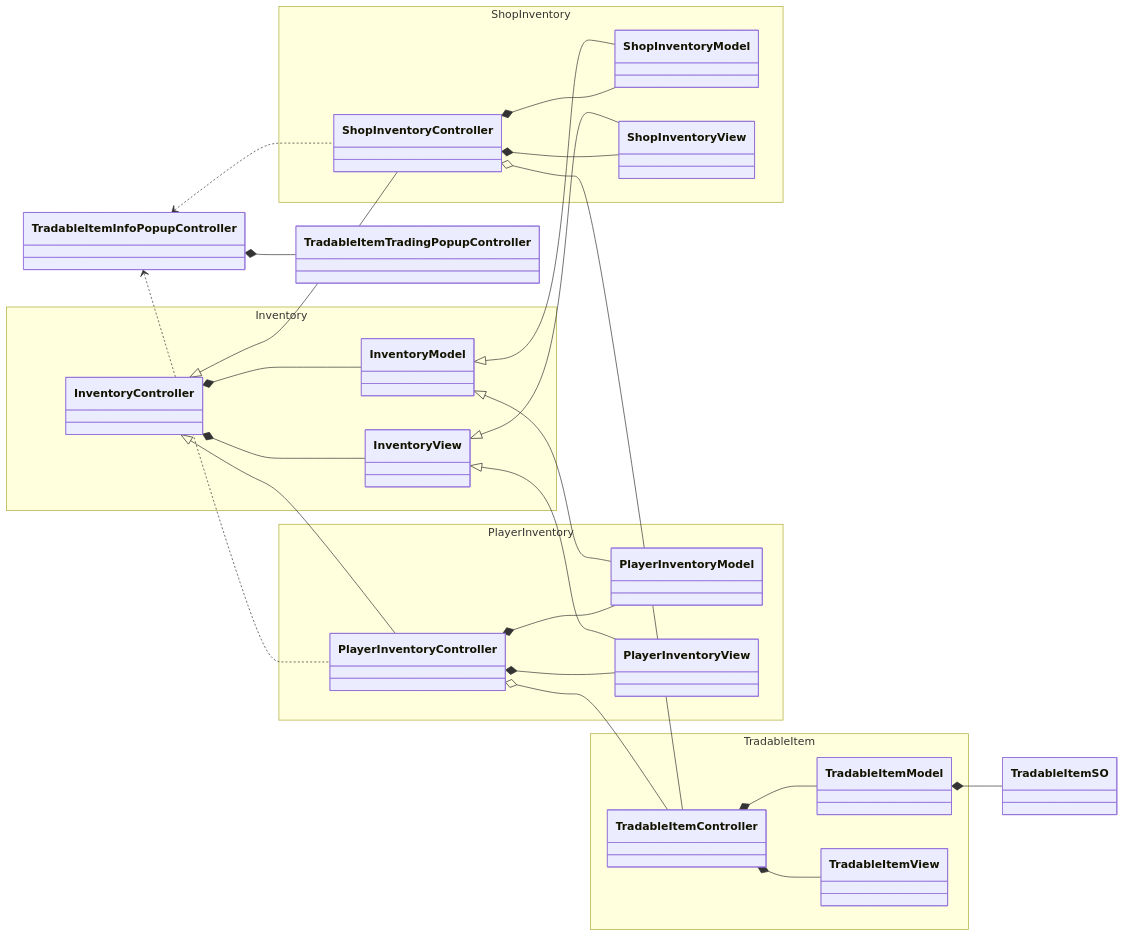
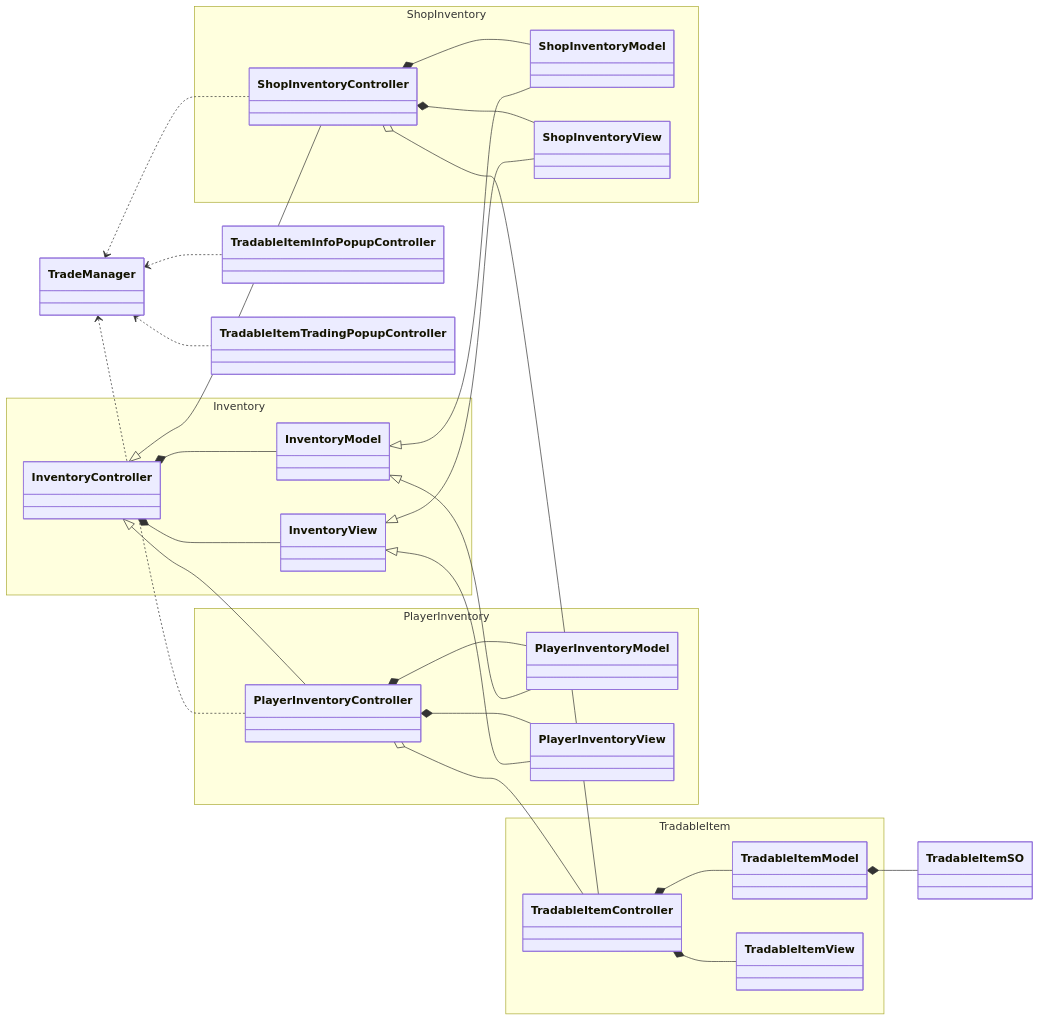
Before and after one commit to abhisangam/TradingSystem: the diagram in classDiagram/class_diagram.md, drawn with Mermaid. The commit also changed 18 other files, not shown here.

````diff
--- a/classDiagram/class_diagram.md
+++ b/classDiagram/class_diagram.md
@@ -1,58 +1,59 @@
 ```mermaid
     classDiagram
     direction LR
-
-    namespace Inventory {
-        class InventoryController
-        class InventoryModel
-        class InventoryView
-    }
 
     namespace ShopInventory {
         class ShopInventoryController
         class ShopInventoryModel
         class ShopInventoryView
     }
 
     namespace PlayerInventory {
         class PlayerInventoryController
         class PlayerInventoryModel
         class PlayerInventoryView
     }
 
     namespace TradableItem {
         class TradableItemController
         class TradableItemModel
         class TradableItemView
     }
 
-    InventoryController <|-- PlayerInventoryController
-    InventoryModel <|-- PlayerInventoryModel
-    InventoryView <|-- PlayerInventoryView
 
-    InventoryController <|-- ShopInventoryController
-    InventoryModel <|-- ShopInventoryModel
-    InventoryView <|-- ShopInventoryView
-
-    InventoryController *-- InventoryModel
-    InventoryController *-- InventoryView
 
     PlayerInventoryController *-- PlayerInventoryModel
     PlayerInventoryController *-- PlayerInventoryView
 
     ShopInventoryController *-- ShopInventoryModel
     ShopInventoryController *-- ShopInventoryView
 
     ShopInventoryController o-- TradableItemController
     PlayerInventoryController o-- TradableItemController
 
     TradableItemController *-- TradableItemModel
     TradableItemController *-- TradableItemView
+    TradableItemModel *-- TradableItemSO
 
-    TradableItemInfoPopupController <.. ShopInventoryController
-    TradableItemInfoPopupController <.. PlayerInventoryController
+    TradeManager <.. ShopInventoryController
+    TradeManager <.. PlayerInventoryController
+    TradeManager <.. TradableItemInfoPopupController
+    TradeManager <.. TradableItemTradingPopupController
 
-    TradableItemInfoPopupController *-- TradableItemTradingPopupController
+    namespace Inventory {
+        class InventoryController
+        class InventoryModel
+        class InventoryView
+    }
 
-    TradableItemModel *-- TradableItemSO
+    InventoryController <|-- PlayerInventoryController
+    InventoryModel <|-- PlayerInventoryModel
+    InventoryView <|-- PlayerInventoryView
+
+    InventoryController <|-- ShopInventoryController
+    InventoryModel <|-- ShopInventoryModel
+    InventoryView <|-- ShopInventoryView
+
+    InventoryController *-- InventoryModel
+    InventoryController *-- InventoryView
 ```
````
